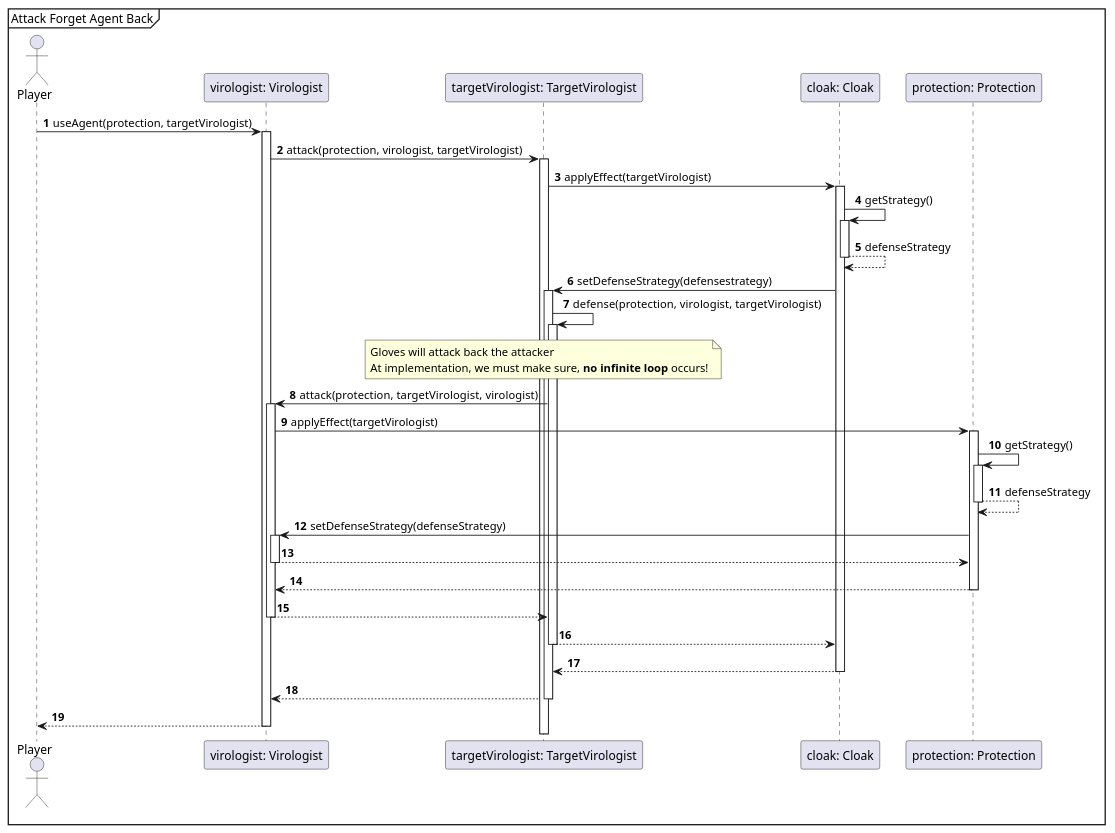
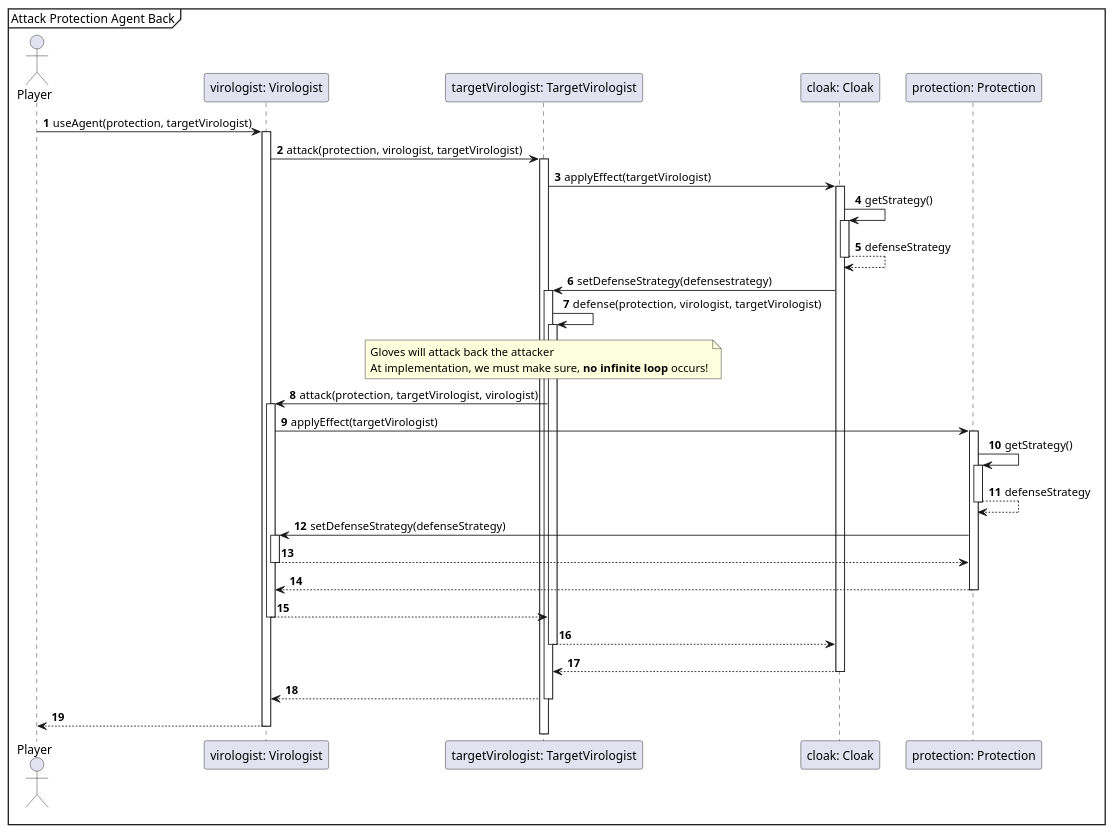
The diagram in Exact Sequence-diagrams/AttackProtectionAgentBACK.puml (Projlab-csb/projlab-virologus), drawn with PlantUML before and after one commit. The commit also changed 16 other files, not shown here.

```diff
--- a/Exact Sequence-diagrams/AttackProtectionAgentBACK.puml
+++ b/Exact Sequence-diagrams/AttackProtectionAgentBACK.puml
@@ -1,45 +1,45 @@
 @startuml
 'https://plantuml.com/sequence-diagram
 
 autonumber
 
-mainframe Attack Forget Agent Back
+mainframe Attack Protection Agent Back
 
 actor Player
 
 Player -> "virologist: Virologist"++: useAgent(protection, targetVirologist)
  "virologist: Virologist" -> "targetVirologist: TargetVirologist"++: attack(protection, virologist, targetVirologist)
 
  "targetVirologist: TargetVirologist" -> "cloak: Cloak" ++ : applyEffect(targetVirologist)
 
  "cloak: Cloak"  -> "cloak: Cloak" ++ : getStrategy()
  "cloak: Cloak"  --> "cloak: Cloak" -- : defenseStrategy
 
  "cloak: Cloak"  -> "targetVirologist: TargetVirologist"++: setDefenseStrategy(defensestrategy)
 
 "targetVirologist: TargetVirologist" -> "targetVirologist: TargetVirologist"++: defense(protection, virologist,  targetVirologist)
 
 note over "targetVirologist: TargetVirologist"
     Gloves will attack back the attacker
     At implementation, we must make sure, **no infinite loop** occurs!
 end note
 
 "targetVirologist: TargetVirologist" -> "virologist: Virologist"++: attack(protection,  targetVirologist, virologist)
 "virologist: Virologist" -> "protection: Protection"++ : applyEffect(targetVirologist)
 
     "protection: Protection" -> "protection: Protection"++ : getStrategy()
     "protection: Protection" --> "protection: Protection"-- : defenseStrategy
 
     "protection: Protection" -> "virologist: Virologist"++: setDefenseStrategy(defenseStrategy)
     "virologist: Virologist" --> "protection: Protection"--
  "protection: Protection" --> "virologist: Virologist"--
 "virologist: Virologist" --> "targetVirologist: TargetVirologist"--
 
 "targetVirologist: TargetVirologist" --> "cloak: Cloak" --
 "cloak: Cloak" --> "targetVirologist: TargetVirologist" --
 
 
 "targetVirologist: TargetVirologist" --> "virologist: Virologist" --
 
 "virologist: Virologist" --> Player --
 @enduml
```
